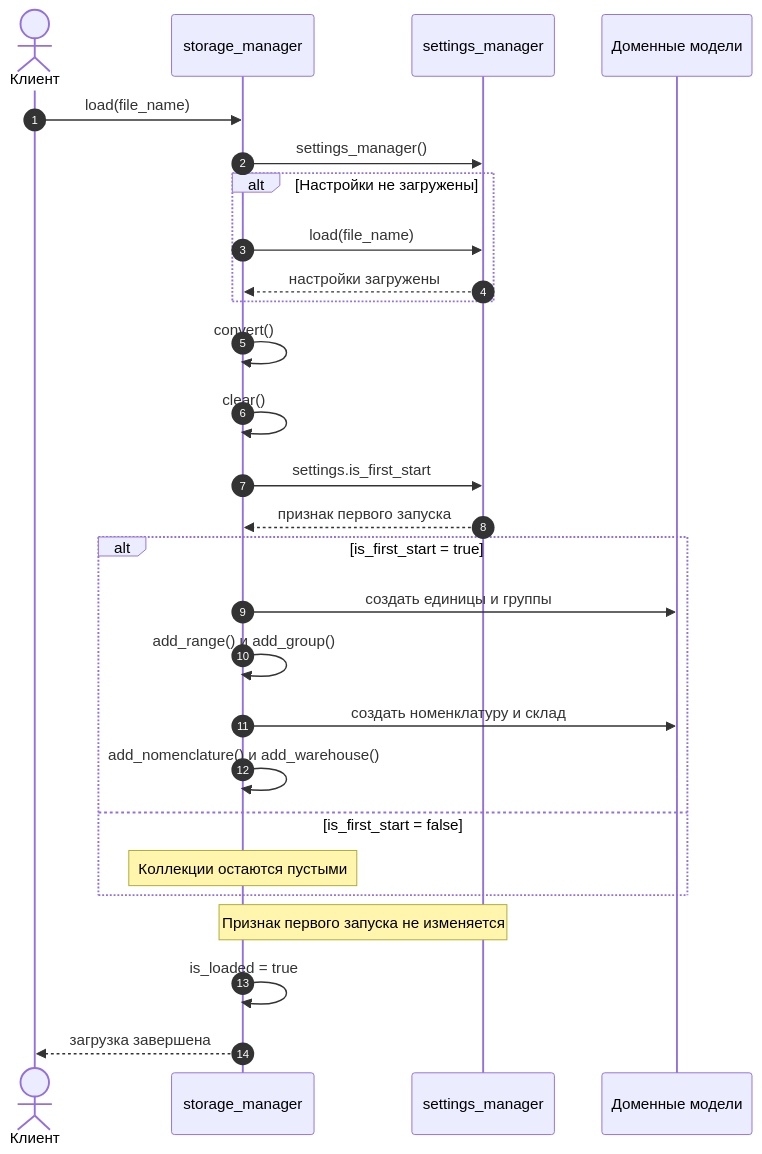
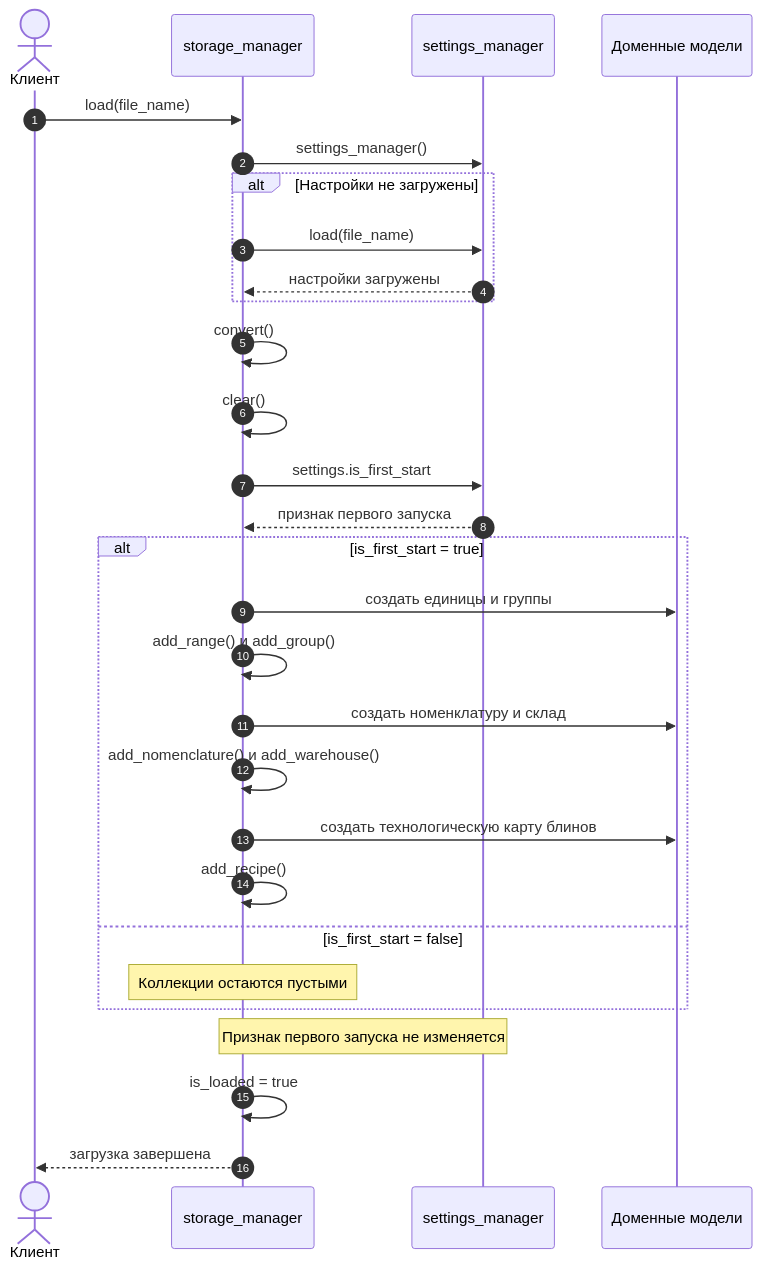
Before and after one commit to NikShep21/patterns2026: the second of 2 diagrams in Docs/UML/StorageManager.md, drawn with Mermaid. The commit also changed other lines of this file and 2 other files, not shown here.

Commit message:
document recipe models

````diff
--- a/Docs/UML/StorageManager.md
+++ b/Docs/UML/StorageManager.md
@@ -100,34 +137,36 @@
 ```mermaid
 sequenceDiagram
     autonumber
     actor Client as Клиент
     participant Storage as storage_manager
     participant Settings as settings_manager
     participant Models as Доменные модели
 
     Client->>Storage: load(file_name)
     Storage->>Settings: settings_manager()
 
     alt Настройки не загружены
         Storage->>Settings: load(file_name)
         Settings-->>Storage: настройки загружены
     end
 
     Storage->>Storage: convert()
     Storage->>Storage: clear()
     Storage->>Settings: settings.is_first_start
     Settings-->>Storage: признак первого запуска
 
     alt is_first_start = true
         Storage->>Models: создать единицы и группы
         Storage->>Storage: add_range() и add_group()
         Storage->>Models: создать номенклатуру и склад
         Storage->>Storage: add_nomenclature() и add_warehouse()
+        Storage->>Models: создать технологическую карту блинов
+        Storage->>Storage: add_recipe()
     else is_first_start = false
         Note over Storage: Коллекции остаются пустыми
     end
 
     Note over Storage,Settings: Признак первого запуска не изменяется
     Storage->>Storage: is_loaded = true
     Storage-->>Client: загрузка завершена
 ```
````
